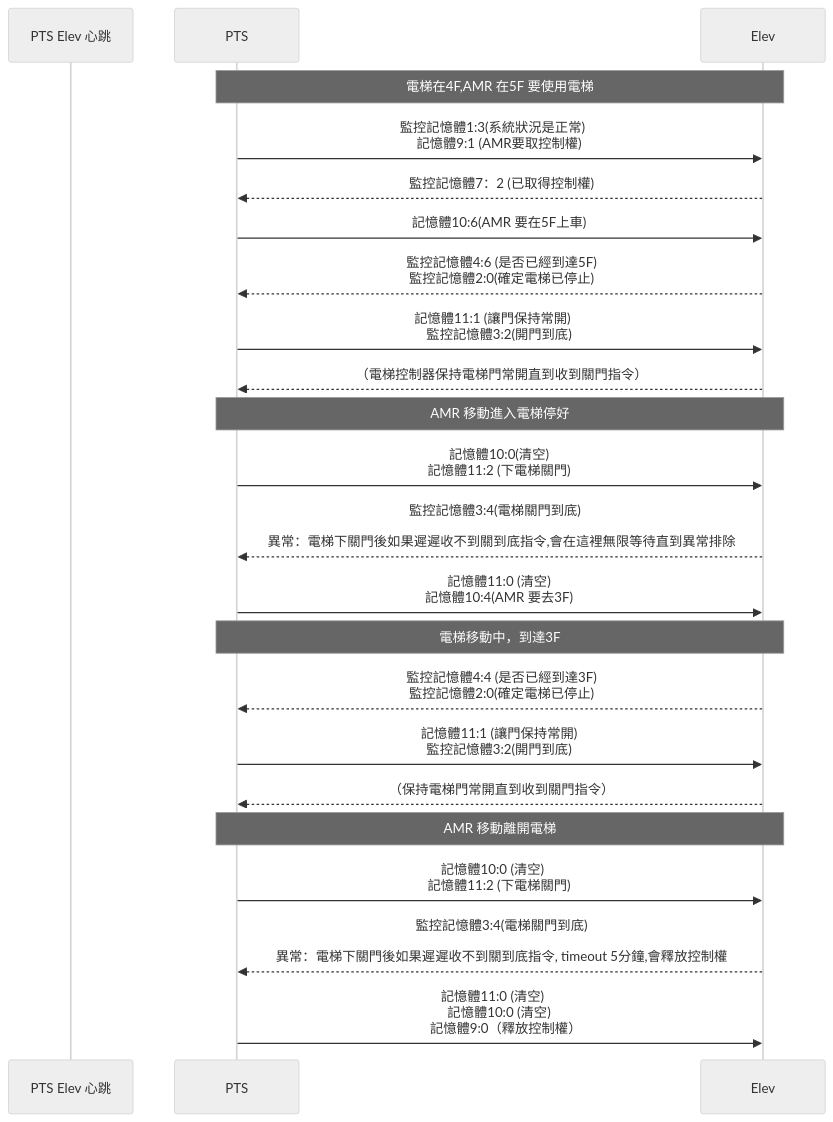
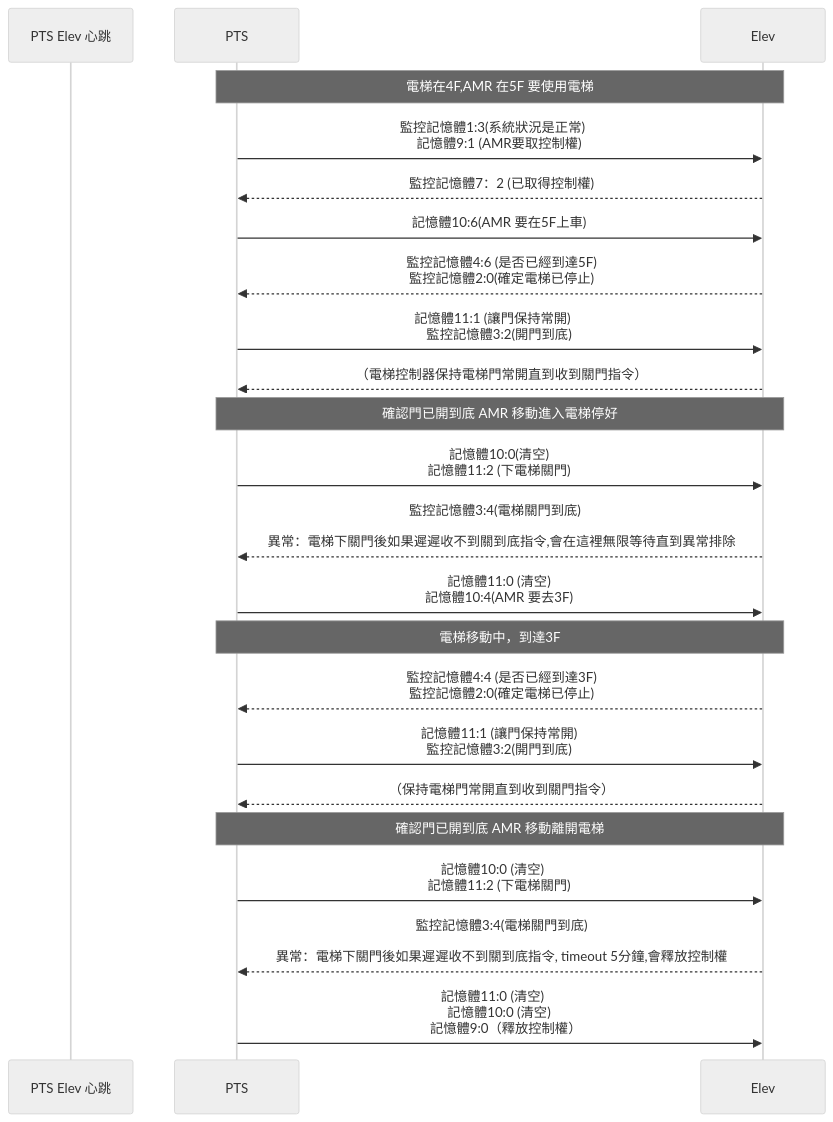
One commit to athena-tircgo/amr-elev-Zhunan changed the second of 2 diagrams in README.md. Above: the diagram before and after it, drawn with Mermaid (neutral theme).

````diff
--- a/README.md
+++ b/README.md
@@ -23,28 +23,28 @@
 ```mermaid
 sequenceDiagram
 
     participant PTS Elev 心跳
     participant PTS
     participant Elev
 
  note over PTS,Elev: 電梯在4F,AMR 在5F 要使用電梯
         PTS->>Elev:監控記憶體1:3(系統狀況是正常)　<br>記憶體9:1 (AMR要取控制權)
         Elev-->>PTS:監控記憶體7：2 (已取得控制權)
         PTS->>Elev: 記憶體10:6(AMR 要在5F上車)
         Elev-->>PTS:監控記憶體4:6 (是否已經到達5F) <BR> 監控記憶體2:0(確定電梯已停止)
         PTS->>Elev: 記憶體11:1 (讓門保持常開)　<BR> 監控記憶體3:2(開門到底)
         Elev-->>PTS:（電梯控制器保持電梯門常開直到收到關門指令）
- note over PTS,Elev: AMR 移動進入電梯停好
+ note over PTS,Elev: 確認門已開到底 AMR 移動進入電梯停好
         PTS->>Elev:　記憶體10:0(清空) <br> 記憶體11:2 (下電梯關門)
         Elev-->>PTS: 監控記憶體3:4(電梯關門到底)　<br><br>異常：電梯下關門後如果遲遲收不到關到底指令,會在這裡無限等待直到異常排除
         PTS->>Elev: 記憶體11:0 (清空) <br> 記憶體10:4(AMR 要去3F)
  note over PTS,Elev: 電梯移動中，到達3F
 　　　　　Elev-->>PTS: 監控記憶體4:4 (是否已經到達3F) <BR> 監控記憶體2:0(確定電梯已停止)
         PTS->>Elev: 記憶體11:1 (讓門保持常開) <BR> 監控記憶體3:2(開門到底)
         Elev-->>PTS:（保持電梯門常開直到收到關門指令）
- note over PTS,Elev: AMR 移動離開電梯
+ note over PTS,Elev: 確認門已開到底 AMR 移動離開電梯
         PTS->>Elev: 記憶體10:0 (清空)　<br> 記憶體11:2 (下電梯關門)
         Elev-->>PTS: 監控記憶體3:4(電梯關門到底) <br><br> 異常：電梯下關門後如果遲遲收不到關到底指令, timeout 5分鐘,會釋放控制權
         PTS->>Elev: 記憶體11:0 (清空)　<br> 記憶體10:0 (清空) <br>　記憶體9:0（釋放控制權）
 　　　　　
 ```
````
